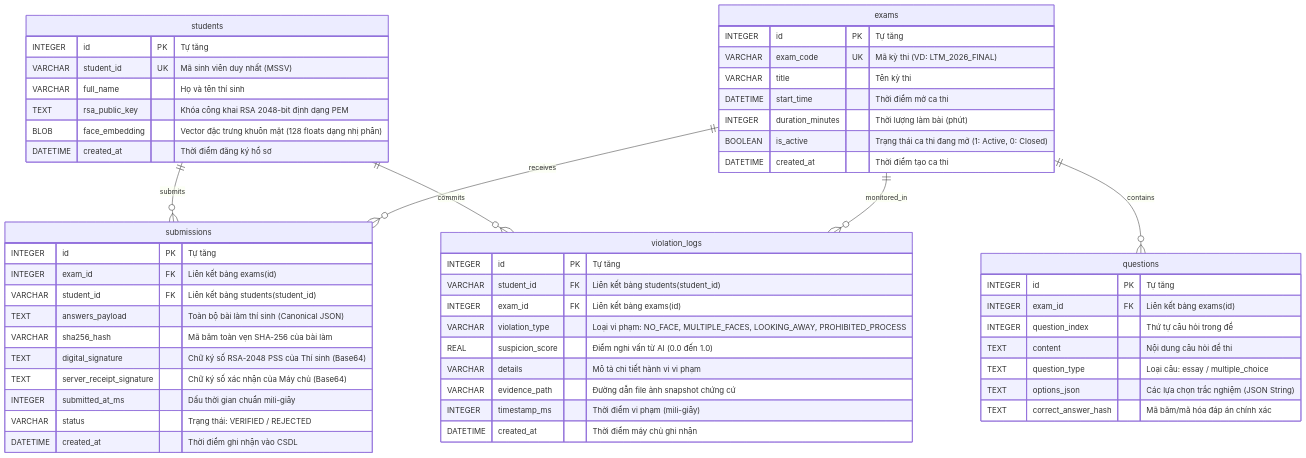
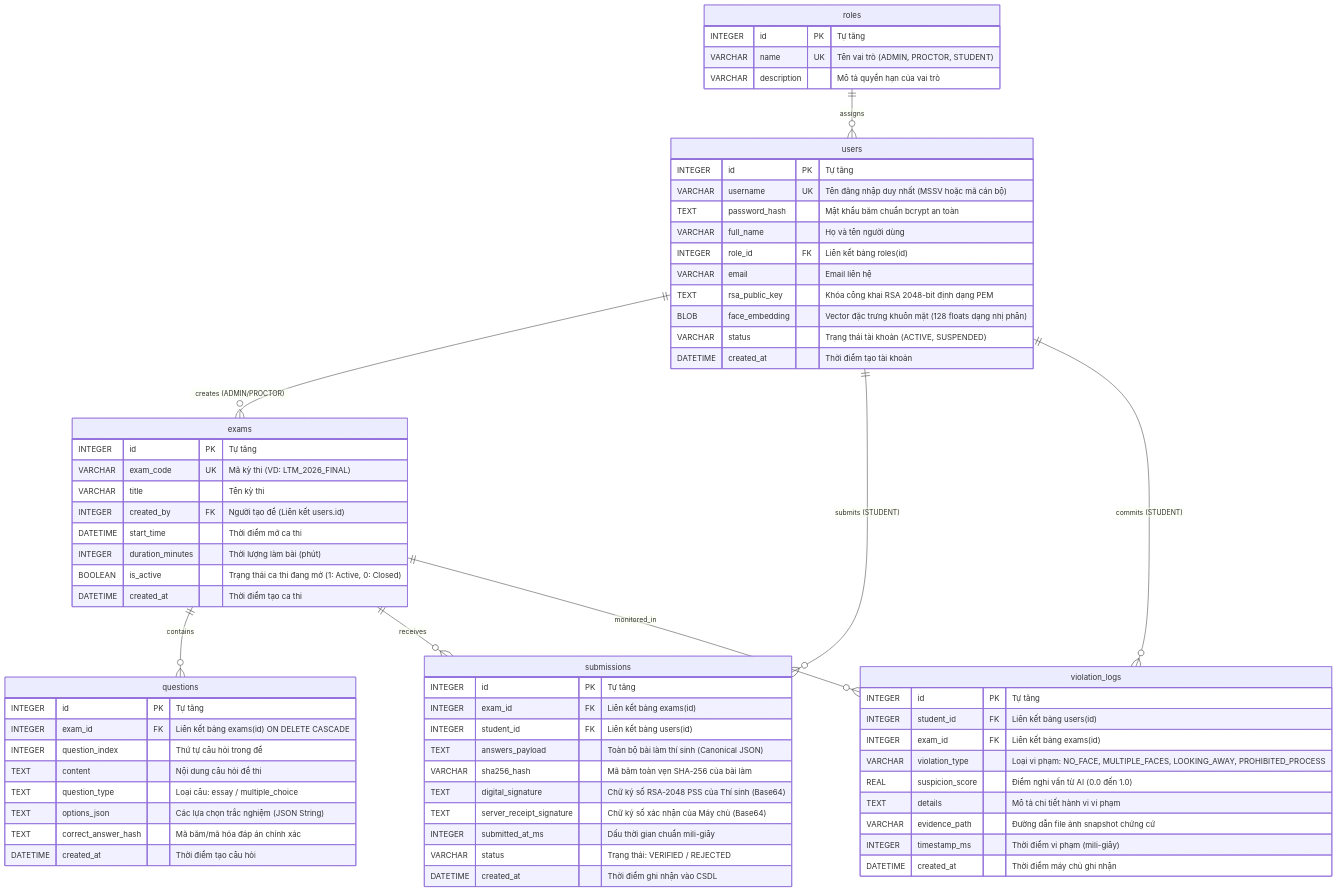
The diagram in docs/DATABASE_DESIGN.md (nthpepper06/ProjectCK-LTMang), drawn with Mermaid before and after one commit. The commit also changed other lines of this file and 26 other files, not shown here.

Commit message:
feat(auth): implement enterprise RBAC schema, bcrypt password hashing, and token authentication

````diff
--- a/docs/DATABASE_DESIGN.md
+++ b/docs/DATABASE_DESIGN.md
@@ -19,62 +19,76 @@
 ```mermaid
 erDiagram
-    students ||--o{ submissions : "submits"
-    students ||--o{ violation_logs : "commits"
+    roles ||--o{ users : "assigns"
+    users ||--o{ exams : "creates (ADMIN/PROCTOR)"
+    users ||--o{ submissions : "submits (STUDENT)"
+    users ||--o{ violation_logs : "commits (STUDENT)"
     exams ||--o{ questions : "contains"
     exams ||--o{ submissions : "receives"
     exams ||--o{ violation_logs : "monitored_in"
 
-    students {
+    roles {
         INTEGER id PK "Tự tăng"
-        VARCHAR student_id UK "Mã sinh viên duy nhất (MSSV)"
-        VARCHAR full_name "Họ và tên thí sinh"
+        VARCHAR name UK "Tên vai trò (ADMIN, PROCTOR, STUDENT)"
+        VARCHAR description "Mô tả quyền hạn của vai trò"
+    }
+
+    users {
+        INTEGER id PK "Tự tăng"
+        VARCHAR username UK "Tên đăng nhập duy nhất (MSSV hoặc mã cán bộ)"
+        TEXT password_hash "Mật khẩu băm chuẩn bcrypt an toàn"
+        VARCHAR full_name "Họ và tên người dùng"
+        INTEGER role_id FK "Liên kết bảng roles(id)"
+        VARCHAR email "Email liên hệ"
         TEXT rsa_public_key "Khóa công khai RSA 2048-bit định dạng PEM"
         BLOB face_embedding "Vector đặc trưng khuôn mặt (128 floats dạng nhị phân)"
-        DATETIME created_at "Thời điểm đăng ký hồ sơ"
+        VARCHAR status "Trạng thái tài khoản (ACTIVE, SUSPENDED)"
+        DATETIME created_at "Thời điểm tạo tài khoản"
     }
 
     exams {
         INTEGER id PK "Tự tăng"
         VARCHAR exam_code UK "Mã kỳ thi (VD: LTM_2026_FINAL)"
         VARCHAR title "Tên kỳ thi"
+        INTEGER created_by FK "Người tạo đề (Liên kết users.id)"
         DATETIME start_time "Thời điểm mở ca thi"
         INTEGER duration_minutes "Thời lượng làm bài (phút)"
         BOOLEAN is_active "Trạng thái ca thi đang mở (1: Active, 0: Closed)"
         DATETIME created_at "Thời điểm tạo ca thi"
     }
 
     questions {
         INTEGER id PK "Tự tăng"
-        INTEGER exam_id FK "Liên kết bảng exams(id)"
+        INTEGER exam_id FK "Liên kết bảng exams(id) ON DELETE CASCADE"
         INTEGER question_index "Thứ tự câu hỏi trong đề"
         TEXT content "Nội dung câu hỏi đề thi"
         TEXT question_type "Loại câu: essay / multiple_choice"
         TEXT options_json "Các lựa chọn trắc nghiệm (JSON String)"
         TEXT correct_answer_hash "Mã băm/mã hóa đáp án chính xác"
+        DATETIME created_at "Thời điểm tạo câu hỏi"
     }
 
     submissions {
         INTEGER id PK "Tự tăng"
         INTEGER exam_id FK "Liên kết bảng exams(id)"
-        VARCHAR student_id FK "Liên kết bảng students(student_id)"
+        INTEGER student_id FK "Liên kết bảng users(id)"
         TEXT answers_payload "Toàn bộ bài làm thí sinh (Canonical JSON)"
         VARCHAR sha256_hash "Mã băm toàn vẹn SHA-256 của bài làm"
         TEXT digital_signature "Chữ ký số RSA-2048 PSS của Thí sinh (Base64)"
         TEXT server_receipt_signature "Chữ ký số xác nhận của Máy chủ (Base64)"
         INTEGER submitted_at_ms "Dấu thời gian chuẩn mili-giây"
         VARCHAR status "Trạng thái: VERIFIED / REJECTED"
         DATETIME created_at "Thời điểm ghi nhận vào CSDL"
     }
 
     violation_logs {
         INTEGER id PK "Tự tăng"
-        VARCHAR student_id FK "Liên kết bảng students(student_id)"
+        INTEGER student_id FK "Liên kết bảng users(id)"
         INTEGER exam_id FK "Liên kết bảng exams(id)"
         VARCHAR violation_type "Loại vi phạm: NO_FACE, MULTIPLE_FACES, LOOKING_AWAY, PROHIBITED_PROCESS"
         REAL suspicion_score "Điểm nghi vấn từ AI (0.0 đến 1.0)"
-        VARCHAR details "Mô tả chi tiết hành vi vi phạm"
+        TEXT details "Mô tả chi tiết hành vi vi phạm"
         VARCHAR evidence_path "Đường dẫn file ảnh snapshot chứng cứ"
         INTEGER timestamp_ms "Thời điểm vi phạm (mili-giây)"
         DATETIME created_at "Thời điểm máy chủ ghi nhận"
     }
 ```
````
